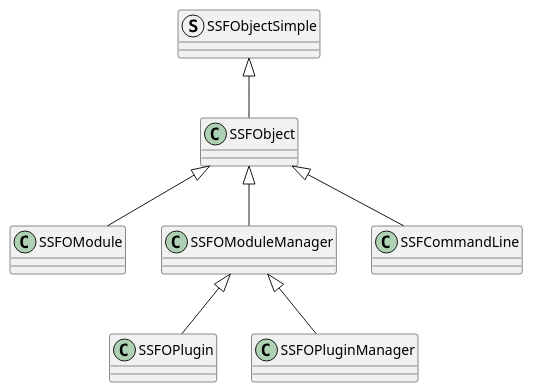
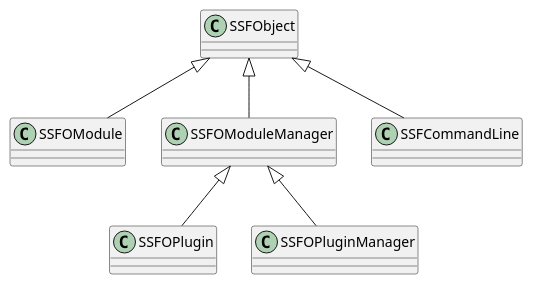
Before and after one commit to xcyh410713847/SkywalkerGameServer: the diagram in SkywalkerServerFramework/SkywalkerServerFramework.plantuml, drawn with PlantUML. The commit also changed 4 other files, not shown here.

```diff
--- a/SkywalkerServerFramework/SkywalkerServerFramework.plantuml
+++ b/SkywalkerServerFramework/SkywalkerServerFramework.plantuml
@@ -1,50 +1,42 @@
 @startuml SkywalkerServerFramework
-
-struct SSFObjectSimple
-{
-
-}
 
 class SSFObject
 {
 
 }
 
 class SSFOModule
 {
 
 }
 
 class SSFOModuleManager
 {
 
 }
 
 class SSFOPlugin
 {
 
 }
 
 class SSFOPluginManager
 {
 
 }
 
 class SSFCommandLine
 {
 
 }
 
-'继承继承自 SSFObjectSimple
-SSFObjectSimple <|-- SSFObject
-
 '继承自 SSFObject
 SSFObject <|-- SSFOModule
 SSFObject <|-- SSFOModuleManager
 SSFObject <|-- SSFCommandLine
 
 '继承自 SSFOModuleManager
 SSFOModuleManager <|-- SSFOPlugin
 SSFOModuleManager <|-- SSFOPluginManager
 
 @enduml
```
